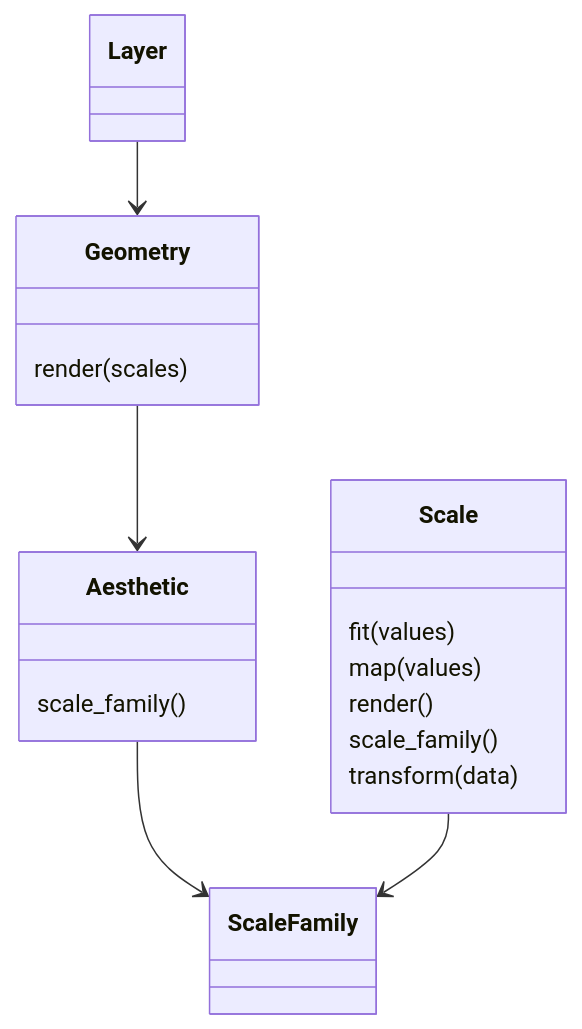
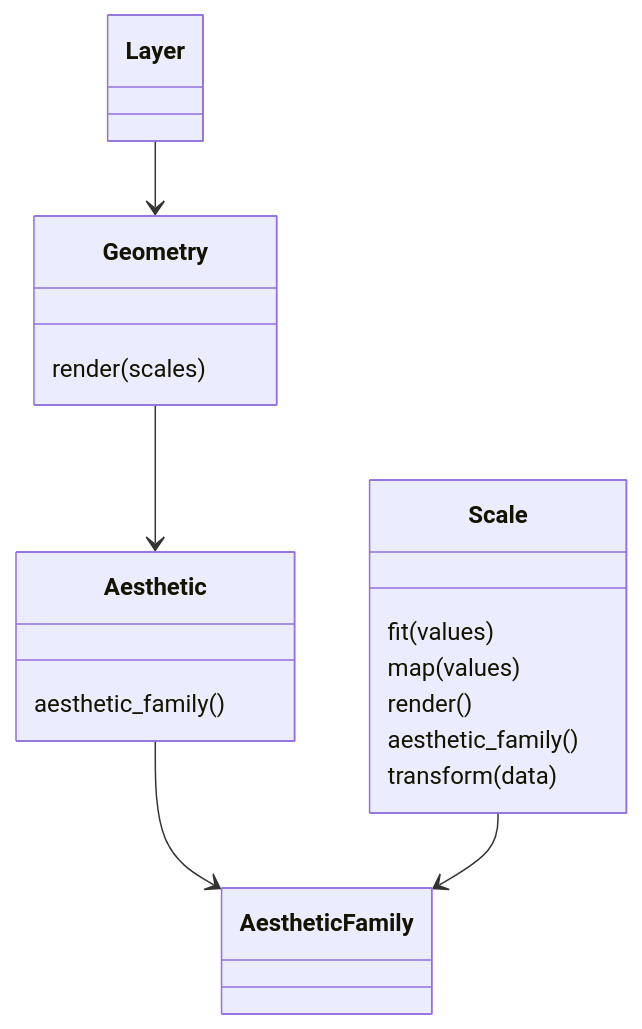
One commit to graydenshand/gglang changed the fifth of 5 diagrams in README.md. Above: the diagram before and after it, drawn with Mermaid. The commit also changed other lines of this file and 4 other files, not shown here.

First line of the commit message:
Generalize scale architecture: unify X/Y scales and replace traits with enums

````diff
--- a/README.md
+++ b/README.md
@@ -139,26 +139,26 @@
 ```mermaid
 classDiagram
     class Scale {
         fit(values)
         map(values)
         render()
-        scale_family()
+        aesthetic_family()
         transform(data)
     }
 
-    class ScaleFamily {}
+    class AestheticFamily {}
 
     class Geometry {
         render(scales)
     }
 
     class Aesthetic {
-        scale_family()
+        aesthetic_family()
     }
 
     Geometry --> Aesthetic
-    Aesthetic --> ScaleFamily
-    Scale --> ScaleFamily
+    Aesthetic --> AestheticFamily
+    Scale --> AestheticFamily
 
     Layer --> Geometry
 ```
````
